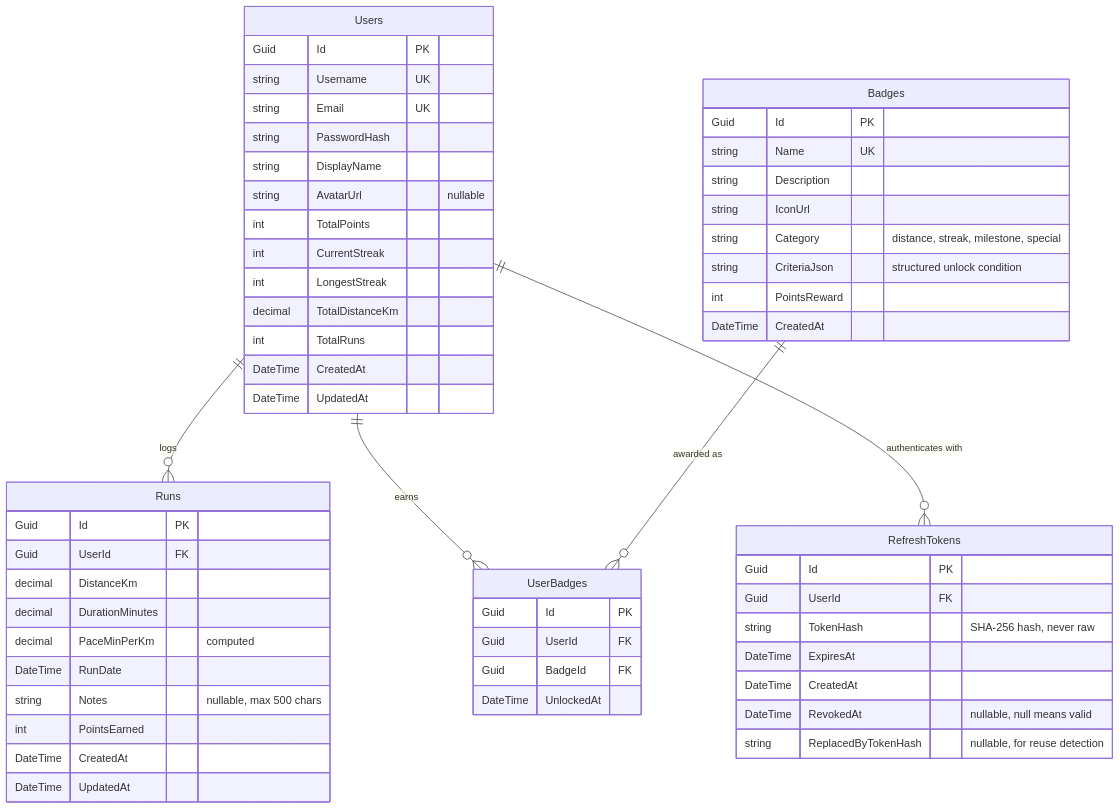
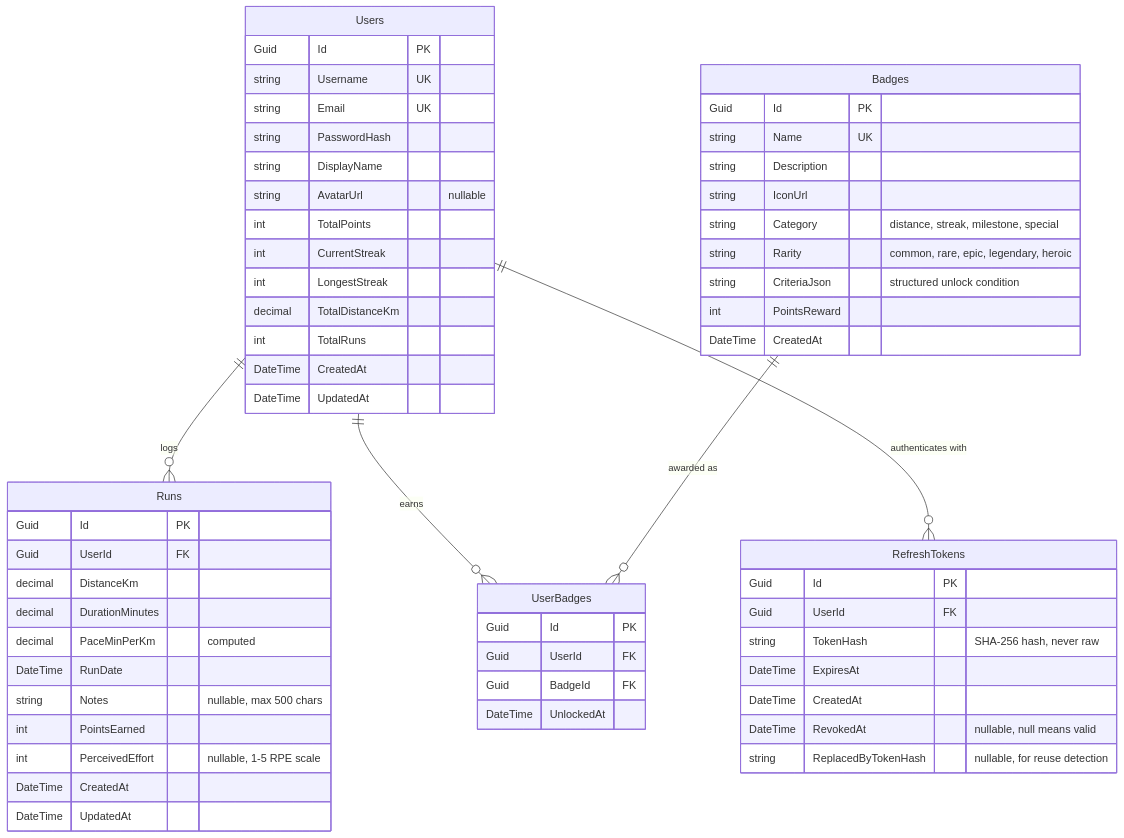
Before and after one commit to sheng656/RunStreak: the diagram in specs/01-data-model.md, drawn with Mermaid. The commit also changed other lines of this file and 29 other files, not shown here.

````diff
--- a/specs/01-data-model.md
+++ b/specs/01-data-model.md
@@ -8,64 +8,66 @@
 ```mermaid
 erDiagram
     Users ||--o{ Runs : "logs"
     Users ||--o{ UserBadges : "earns"
     Badges ||--o{ UserBadges : "awarded as"
     Users ||--o{ RefreshTokens : "authenticates with"
 
     Users {
         Guid Id PK
         string Username UK
         string Email UK
         string PasswordHash
         string DisplayName
         string AvatarUrl "nullable"
         int TotalPoints
         int CurrentStreak
         int LongestStreak
         decimal TotalDistanceKm
         int TotalRuns
         DateTime CreatedAt
         DateTime UpdatedAt
     }
 
     Runs {
         Guid Id PK
         Guid UserId FK
         decimal DistanceKm
         decimal DurationMinutes
         decimal PaceMinPerKm "computed"
         DateTime RunDate
         string Notes "nullable, max 500 chars"
         int PointsEarned
+        int PerceivedEffort "nullable, 1-5 RPE scale"
         DateTime CreatedAt
         DateTime UpdatedAt
     }
 
     Badges {
         Guid Id PK
         string Name UK
         string Description
         string IconUrl
         string Category "distance, streak, milestone, special"
+        string Rarity "common, rare, epic, legendary, heroic"
         string CriteriaJson "structured unlock condition"
         int PointsReward
         DateTime CreatedAt
     }
 
     UserBadges {
         Guid Id PK
         Guid UserId FK
         Guid BadgeId FK
         DateTime UnlockedAt
     }
 
     RefreshTokens {
         Guid Id PK
         Guid UserId FK
         string TokenHash "SHA-256 hash, never raw"
         DateTime ExpiresAt
         DateTime CreatedAt
         DateTime RevokedAt "nullable, null means valid"
         string ReplacedByTokenHash "nullable, for reuse detection"
     }
 ```
````
